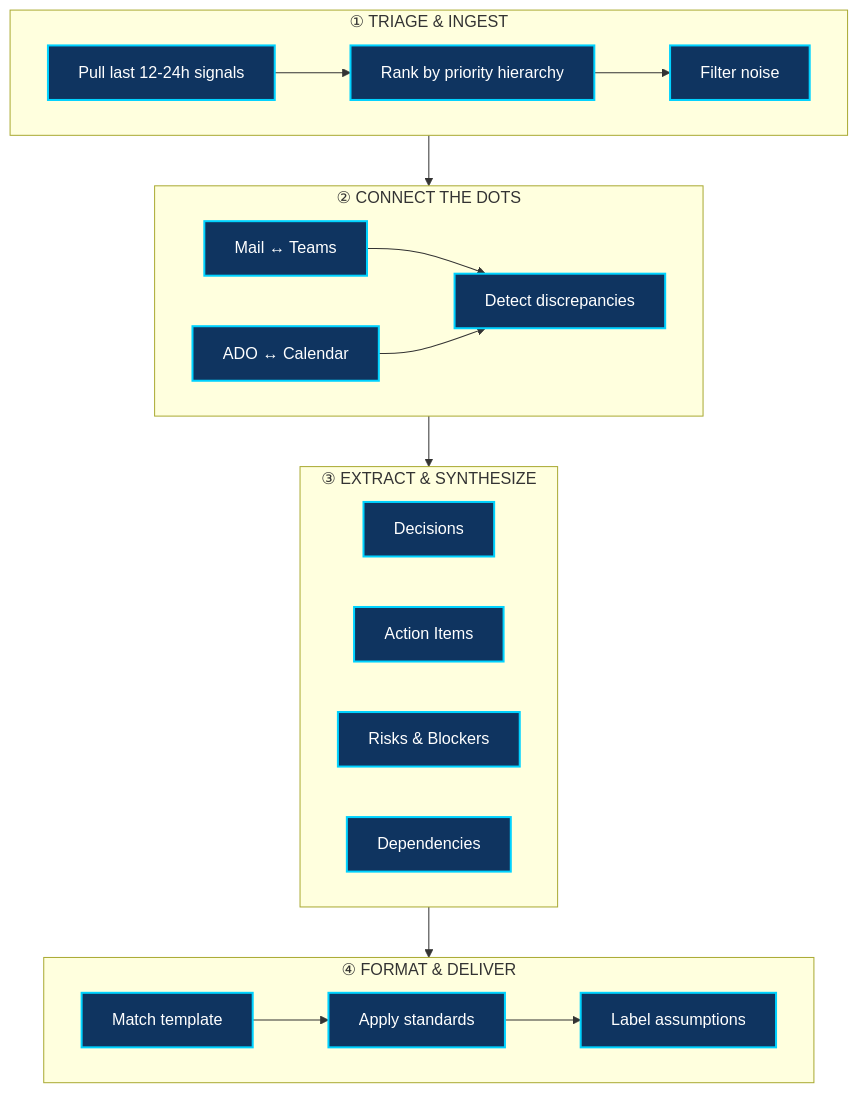
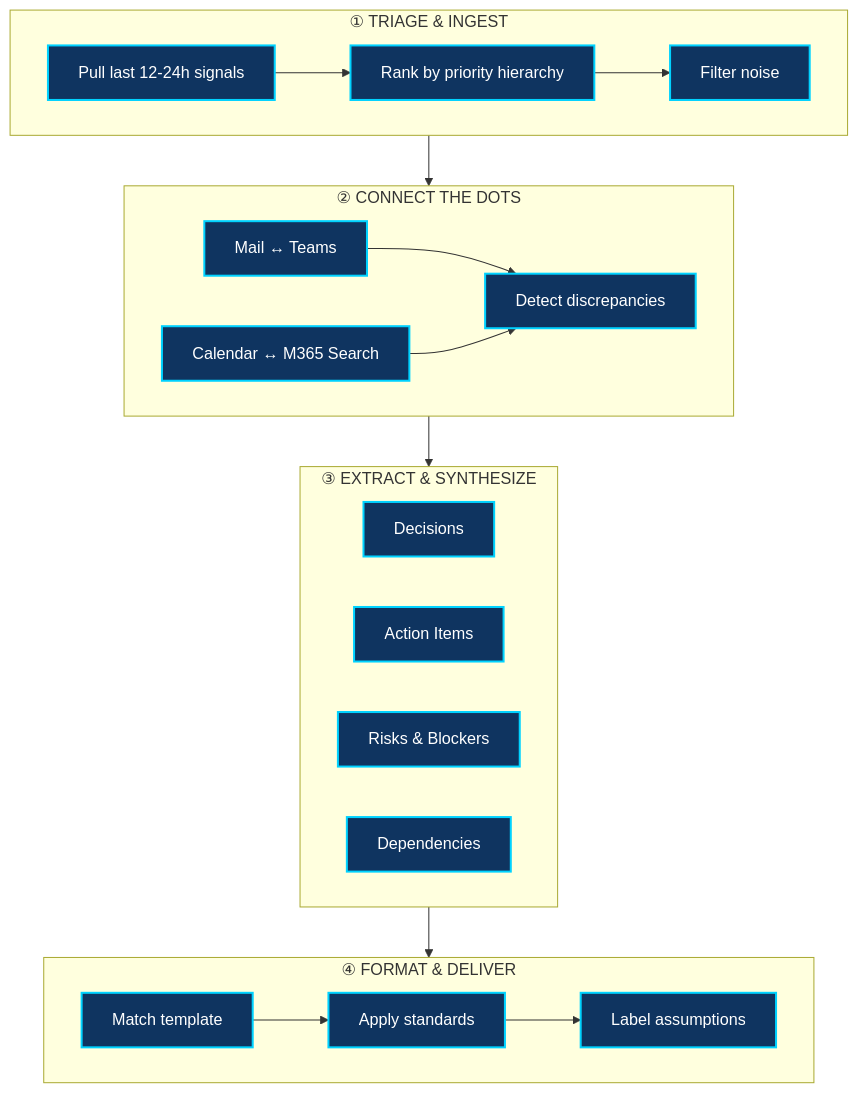
One commit to v-shharsh12345/ghc-copilot changed the second of 3 diagrams in docs/agents/chief-of-staff/architecture.md. Above: the diagram before and after it, drawn with Mermaid. The commit also changed other lines of this file and 9 other files, not shown here.

````diff
--- a/docs/agents/chief-of-staff/architecture.md
+++ b/docs/agents/chief-of-staff/architecture.md
@@ -57,40 +56,40 @@
 ```mermaid
 flowchart TB
     subgraph INGEST["① TRIAGE & INGEST"]
         direction LR
         I1["Pull last 12-24h signals"]
         I2["Rank by priority hierarchy"]
         I3["Filter noise"]
         I1 --> I2 --> I3
     end
 
     subgraph XREF["② CONNECT THE DOTS"]
         direction LR
         X1["Mail ↔ Teams"]
-        X2["ADO ↔ Calendar"]
+        X2["Calendar ↔ M365 Search"]
         X3["Detect discrepancies"]
         X1 --> X3
         X2 --> X3
     end
 
     subgraph SYNTH["③ EXTRACT & SYNTHESIZE"]
         direction LR
         S1["Decisions"]
         S2["Action Items"]
         S3["Risks & Blockers"]
         S4["Dependencies"]
     end
 
     subgraph DELIVER["④ FORMAT & DELIVER"]
         direction LR
         D1["Match template"]
         D2["Apply standards"]
         D3["Label assumptions"]
         D1 --> D2 --> D3
     end
 
     INGEST --> XREF --> SYNTH --> DELIVER
 
     classDef stage fill:#0f3460,stroke:#00d2ff,stroke-width:2px,color:#fff
     class I1,I2,I3,X1,X2,X3,S1,S2,S3,S4,D1,D2,D3 stage
 ```
````
